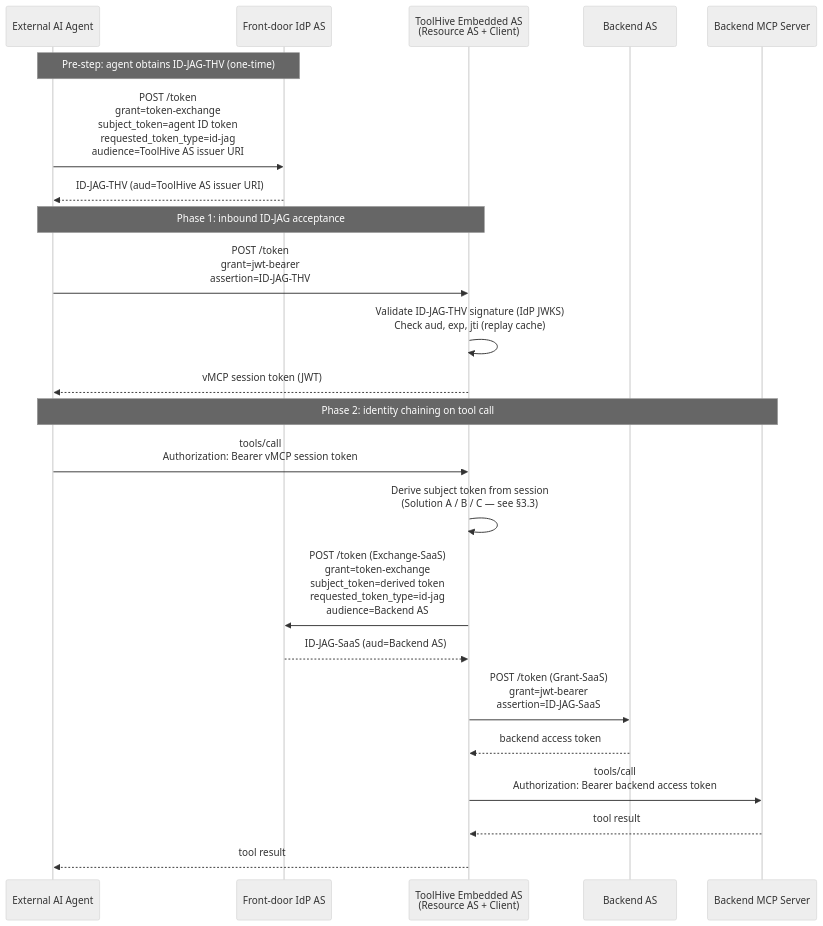
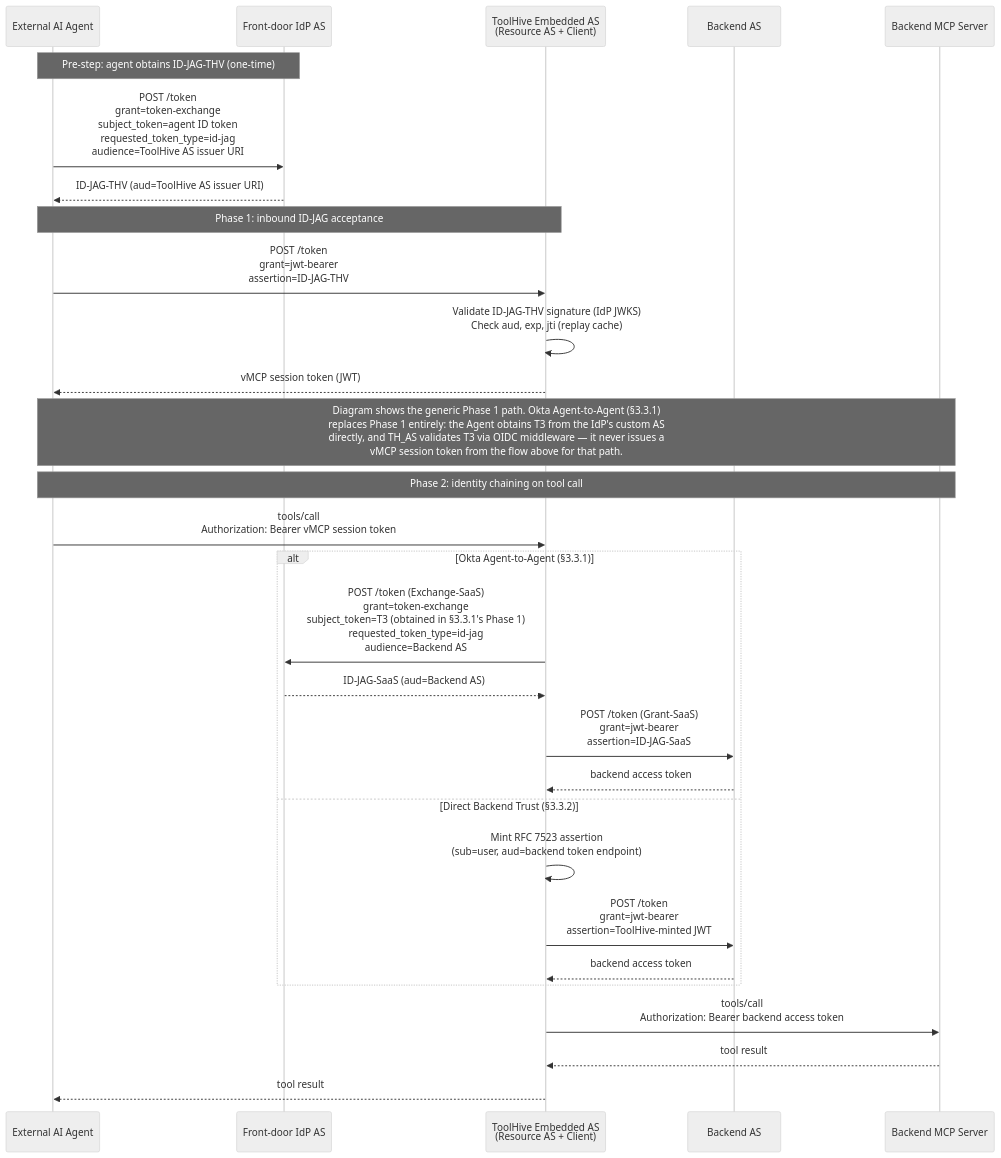
One commit to stacklok/toolhive-rfcs changed the diagram in rfcs/THV-0080-xaa-identity-chaining-intermediary.md. Above: the diagram before and after it, drawn with Mermaid (neutral theme). The commit also changed other lines of this file, not shown here.

````diff
--- a/rfcs/THV-0080-xaa-identity-chaining-intermediary.md
+++ b/rfcs/THV-0080-xaa-identity-chaining-intermediary.md
@@ -121,28 +121,37 @@
 ```mermaid
 sequenceDiagram
     participant Agent as External AI Agent
     participant IdP as Front-door IdP AS
     participant TH_AS as ToolHive Embedded AS<br>(Resource AS + Client)
     participant Backend_AS as Backend AS
     participant Backend as Backend MCP Server
 
     Note over Agent,IdP: Pre-step: agent obtains ID-JAG-THV (one-time)
     Agent->>IdP: POST /token<br>grant=token-exchange<br>subject_token=agent ID token<br>requested_token_type=id-jag<br>audience=ToolHive AS issuer URI
     IdP-->>Agent: ID-JAG-THV (aud=ToolHive AS issuer URI)
 
     Note over Agent,TH_AS: Phase 1: inbound ID-JAG acceptance
     Agent->>TH_AS: POST /token<br>grant=jwt-bearer<br>assertion=ID-JAG-THV
     TH_AS->>TH_AS: Validate ID-JAG-THV signature (IdP JWKS)<br>Check aud, exp, jti (replay cache)
     TH_AS-->>Agent: vMCP session token (JWT)
 
+    Note over Agent,Backend: Diagram shows the generic Phase 1 path. Okta Agent-to-Agent (§3.3.1)<br>replaces Phase 1 entirely: the Agent obtains T3 from the IdP's custom AS<br>directly, and TH_AS validates T3 via OIDC middleware — it never issues a<br>vMCP session token from the flow above for that path.
+
     Note over Agent,Backend: Phase 2: identity chaining on tool call
     Agent->>TH_AS: tools/call<br>Authorization: Bearer vMCP session token
-    TH_AS->>TH_AS: Derive subject token from session<br>(Solution A / B / C — see §3.3)
-    TH_AS->>IdP: POST /token (Exchange-SaaS)<br>grant=token-exchange<br>subject_token=derived token<br>requested_token_type=id-jag<br>audience=Backend AS
-    IdP-->>TH_AS: ID-JAG-SaaS (aud=Backend AS)
-    TH_AS->>Backend_AS: POST /token (Grant-SaaS)<br>grant=jwt-bearer<br>assertion=ID-JAG-SaaS
-    Backend_AS-->>TH_AS: backend access token
+
+    alt Okta Agent-to-Agent (§3.3.1)
+        TH_AS->>IdP: POST /token (Exchange-SaaS)<br>grant=token-exchange<br>subject_token=T3 (obtained in §3.3.1's Phase 1)<br>requested_token_type=id-jag<br>audience=Backend AS
+        IdP-->>TH_AS: ID-JAG-SaaS (aud=Backend AS)
+        TH_AS->>Backend_AS: POST /token (Grant-SaaS)<br>grant=jwt-bearer<br>assertion=ID-JAG-SaaS
+        Backend_AS-->>TH_AS: backend access token
+    else Direct Backend Trust (§3.3.2)
+        TH_AS->>TH_AS: Mint RFC 7523 assertion<br>(sub=user, aud=backend token endpoint)
+        TH_AS->>Backend_AS: POST /token<br>grant=jwt-bearer<br>assertion=ToolHive-minted JWT
+        Backend_AS-->>TH_AS: backend access token
+    end
+
     TH_AS->>Backend: tools/call<br>Authorization: Bearer backend access token
     Backend-->>TH_AS: tool result
     TH_AS-->>Agent: tool result
 ```
````
